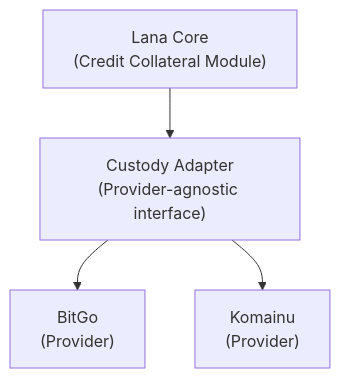
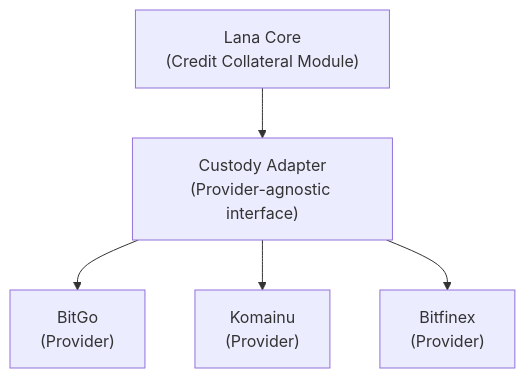
The second of 4 diagrams in docs-site/docs/for-internal-developers/custody-portfolio.md (GaloyMoney/lana-bank), drawn with Mermaid before and after one commit. The commit also changed other lines of this file and 25 other files, not shown here.

````diff
--- a/docs-site/docs/for-internal-developers/custody-portfolio.md
+++ b/docs-site/docs/for-internal-developers/custody-portfolio.md
@@ -73,6 +74,7 @@
 ```mermaid
 graph TD
     CORE["Lana Core<br/>(Credit Collateral Module)"] --> ADAPTER["Custody Adapter<br/>(Provider-agnostic interface)"]
     ADAPTER --> BITGO["BitGo<br/>(Provider)"]
     ADAPTER --> KOMAINU["Komainu<br/>(Provider)"]
+    ADAPTER --> BITFINEX["Bitfinex<br/>(Provider)"]
 ```
````
